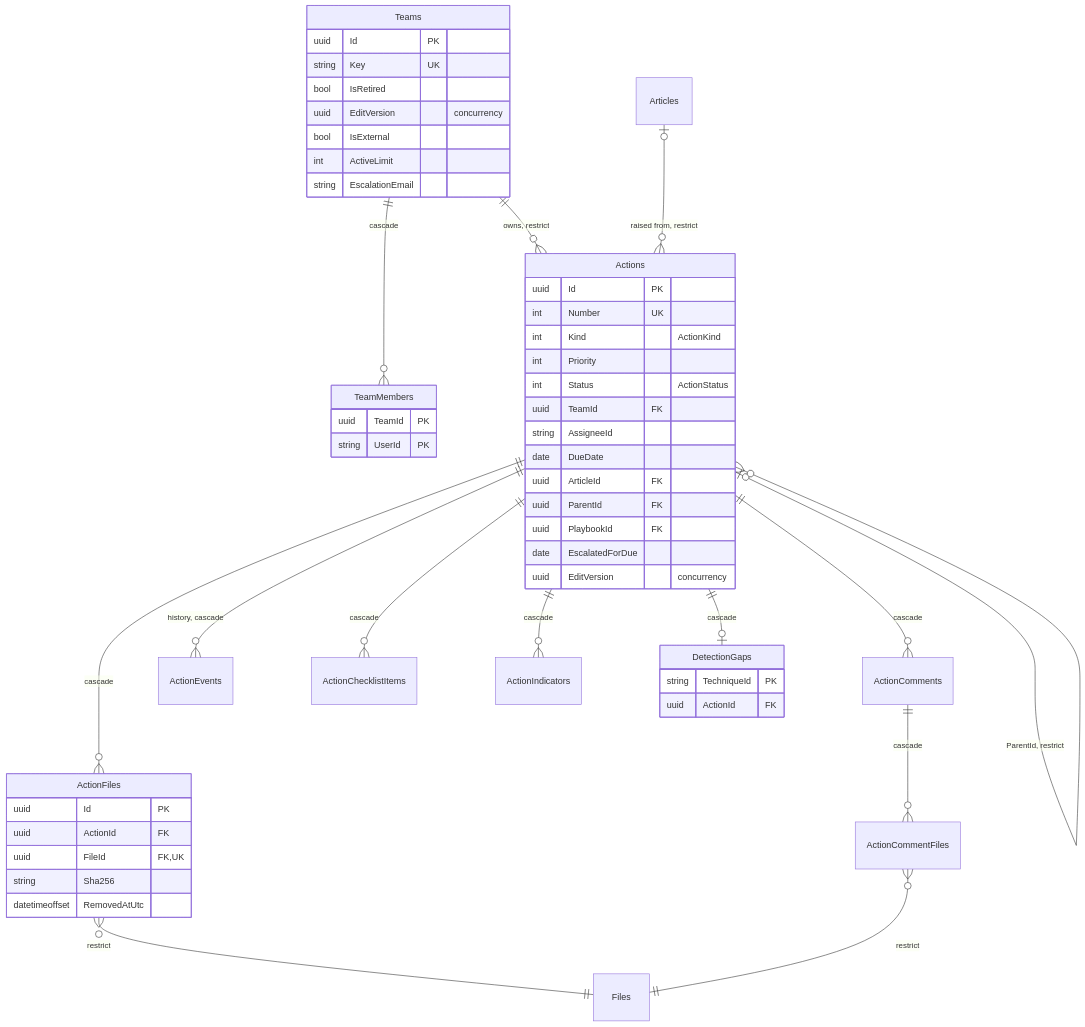
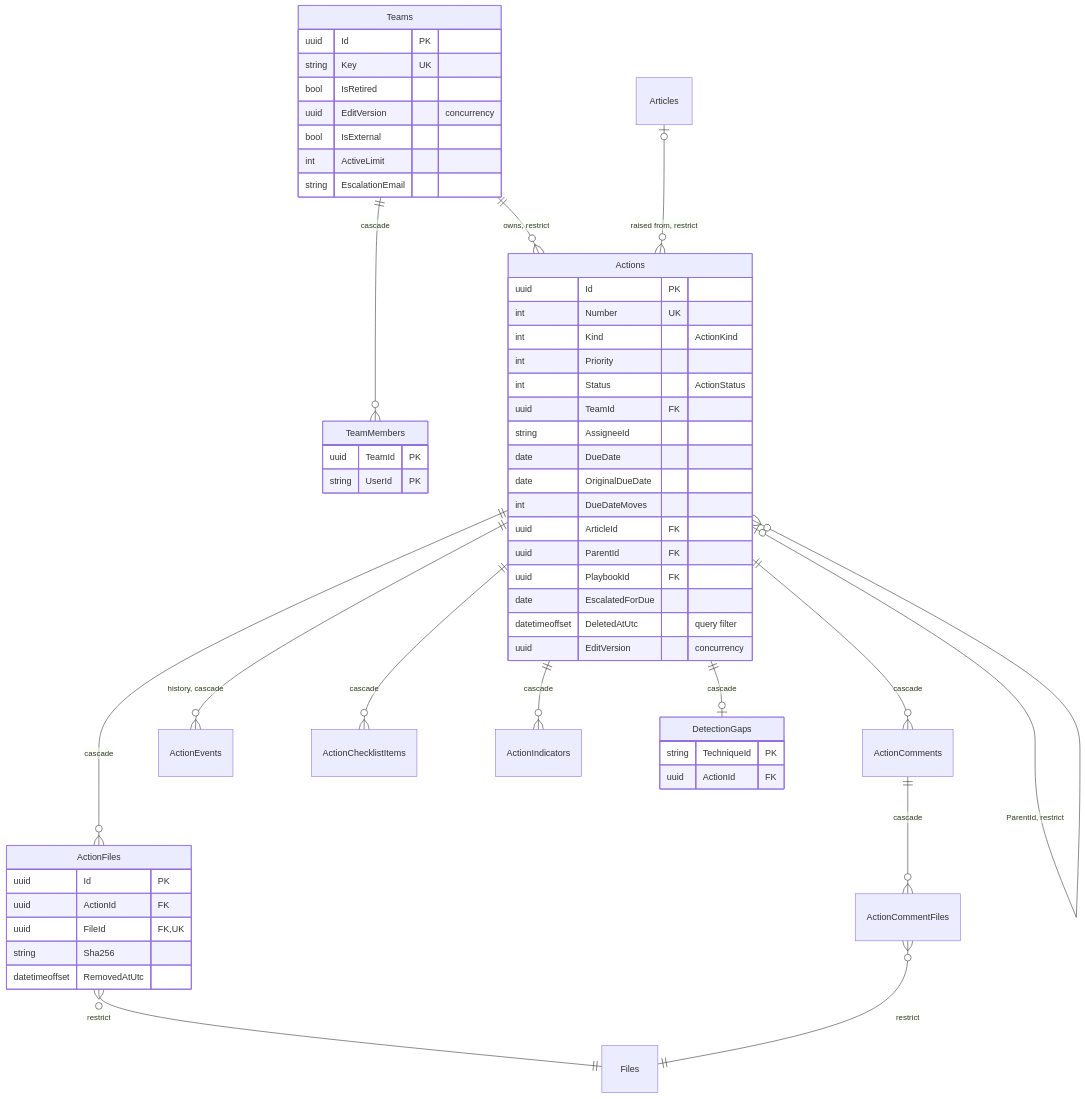
The sixth of 12 diagrams in docs/architecture/data-model.md (jashley92/Tide), drawn with Mermaid before and after one commit. The commit also changed other lines of this file and 36 other files, not shown here.

First line of the commit message:
Actions: keep the original due date so on-time rates stay honest, and delete a mistaken action (soft delete) (#142)

````diff
--- a/docs/architecture/data-model.md
+++ b/docs/architecture/data-model.md
@@ -306,56 +306,59 @@
 ```mermaid
 erDiagram
     Teams ||--o{ TeamMembers : "cascade"
     Teams ||--o{ Actions : "owns, restrict"
     Articles |o--o{ Actions : "raised from, restrict"
     Actions |o--o{ Actions : "ParentId, restrict"
     Actions ||--o{ ActionComments : "cascade"
     ActionComments ||--o{ ActionCommentFiles : "cascade"
     Actions ||--o{ ActionFiles : "cascade"
     ActionFiles }o--|| Files : "restrict"
     ActionCommentFiles }o--|| Files : "restrict"
     Actions ||--o{ ActionEvents : "history, cascade"
     Actions ||--o{ ActionChecklistItems : "cascade"
     Actions ||--o{ ActionIndicators : "cascade"
     Actions ||--o| DetectionGaps : "cascade"
 
     Actions {
         uuid Id PK
         int Number UK
         int Kind "ActionKind"
         int Priority
         int Status "ActionStatus"
         uuid TeamId FK
         string AssigneeId
         date DueDate
+        date OriginalDueDate
+        int DueDateMoves
         uuid ArticleId FK
         uuid ParentId FK
         uuid PlaybookId FK
         date EscalatedForDue
+        datetimeoffset DeletedAtUtc "query filter"
         uuid EditVersion "concurrency"
     }
     Teams {
         uuid Id PK
         string Key UK
         bool IsRetired
         uuid EditVersion "concurrency"
         bool IsExternal
         int ActiveLimit
         string EscalationEmail
     }
     TeamMembers {
         uuid TeamId PK
         string UserId PK
     }
     ActionFiles {
         uuid Id PK
         uuid ActionId FK
         uuid FileId FK, UK
         string Sha256
         datetimeoffset RemovedAtUtc
     }
     DetectionGaps {
         string TechniqueId PK
         uuid ActionId FK
     }
 ```
````
